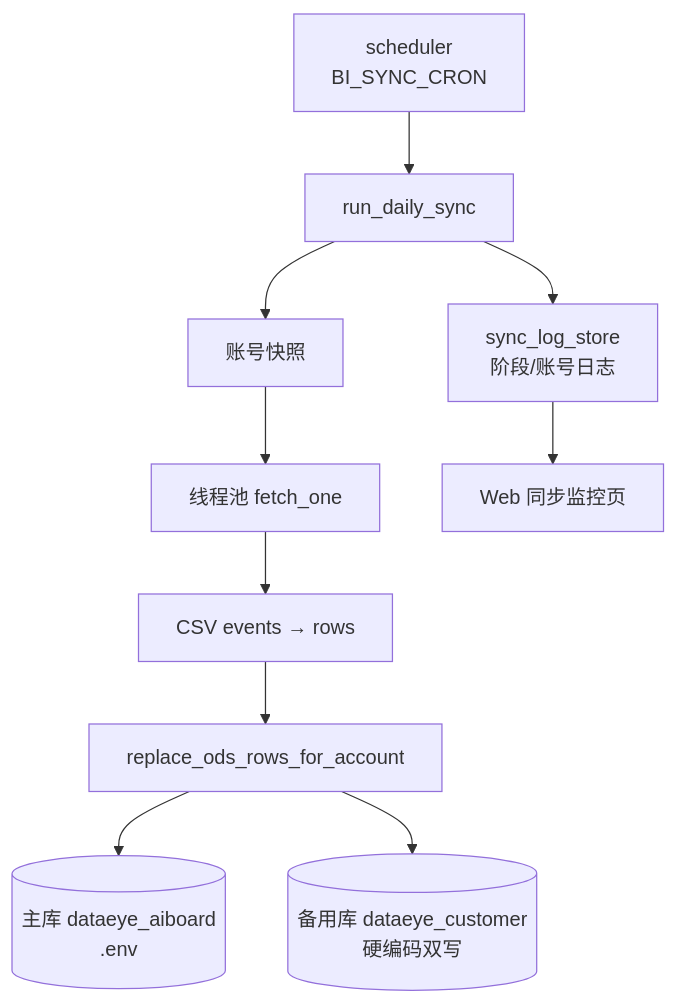
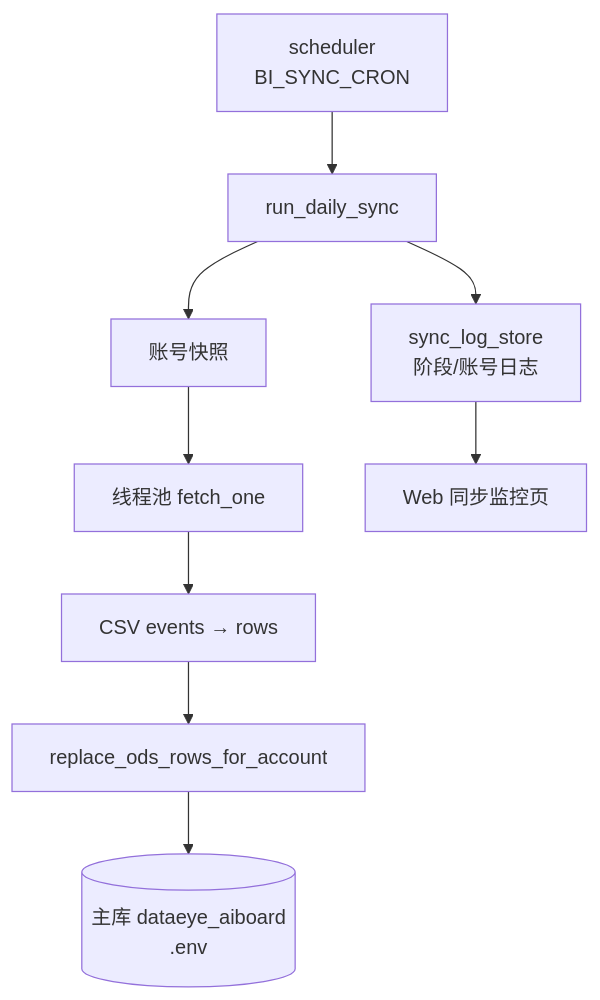
The tenth of 12 diagrams in cursor-account-manager/docs/技术说明与学习定位.md (zhulaoqi/cursor), drawn with Mermaid before and after one commit. The commit also changed other lines of this file and 8 other files, not shown here.

````diff
--- a/cursor-account-manager/docs/技术说明与学习定位.md
+++ b/cursor-account-manager/docs/技术说明与学习定位.md
@@ -377,12 +377,11 @@
 ```mermaid
 flowchart TB
   Cron[scheduler\nBI_SYNC_CRON] --> Run[run_daily_sync]
   Run --> Snap[账号快照]
   Snap --> FetchW[线程池 fetch_one]
   FetchW --> Rows[CSV events → rows]
   Rows --> Load[replace_ods_rows_for_account]
   Load --> Primary[(主库 dataeye_aiboard\n.env)]
-  Load --> Backup[(备用库 dataeye_customer\n硬编码双写)]
   Run --> LogStore[sync_log_store\n阶段/账号日志]
   LogStore --> UI2[Web 同步监控页]
 ```
````
